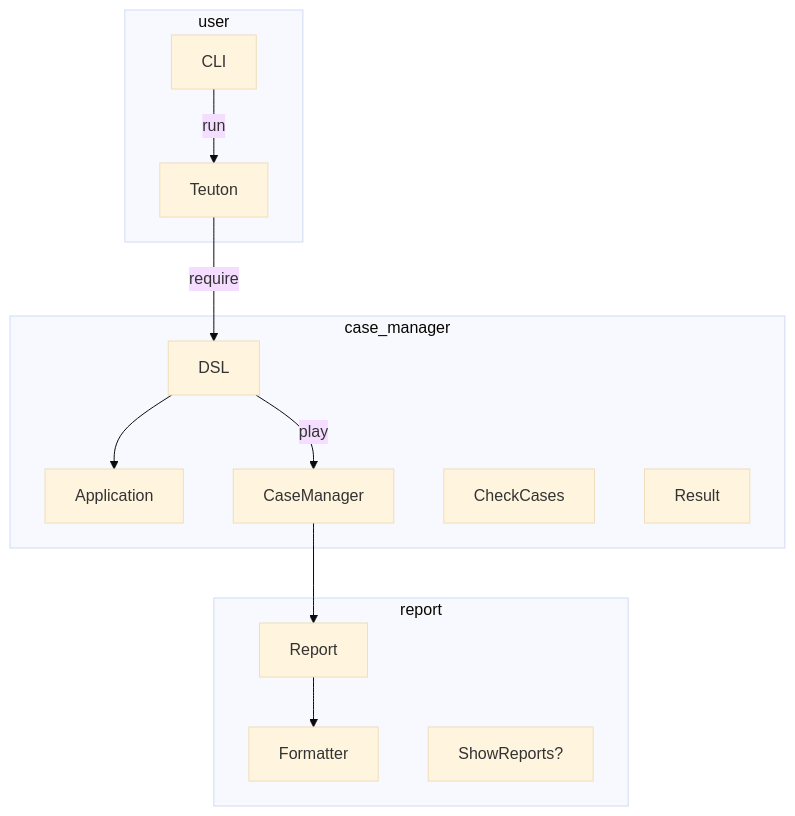
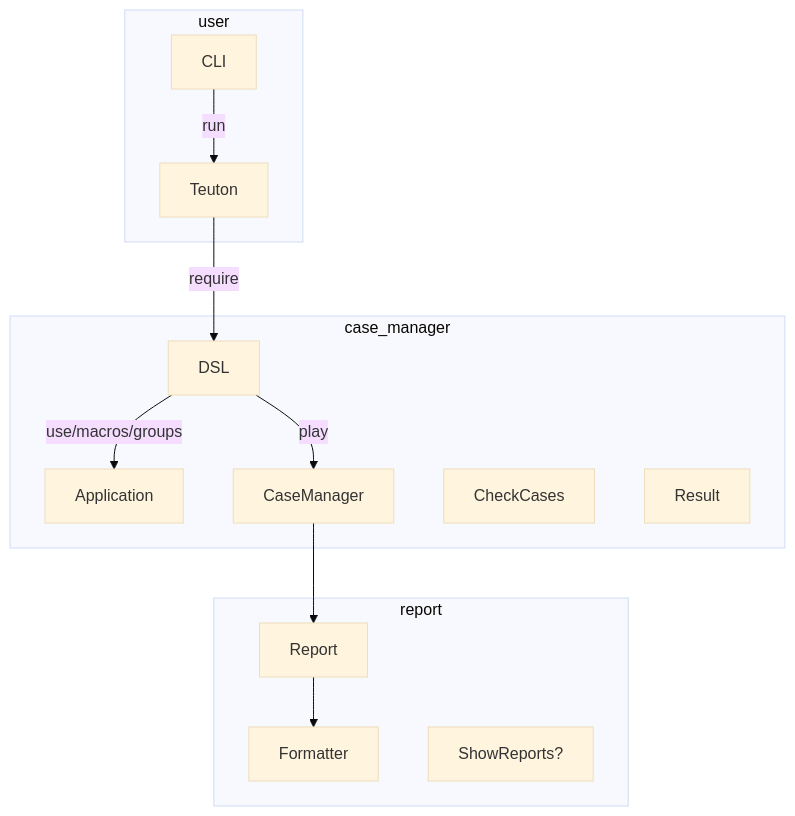
One commit to teuton-software/teuton changed the second of 2 diagrams in docs/diagram.md. Above: the diagram before and after it, drawn with Mermaid (base theme).

````diff
--- a/docs/diagram.md
+++ b/docs/diagram.md
@@ -43,22 +43,22 @@
 ```mermaid
 flowchart TB
 
 subgraph user
   CLI -- run --> Teuton
 end
 
 subgraph case_manager
   Teuton -- require --> DSL
-  DSL --> Application
+  DSL -- use/macros/groups --> Application
   DSL -- play --> CaseManager
   CheckCases
   Result
 end
 
 subgraph report
   CaseManager --> Report
   Report --> Formatter
 
   ShowReports?
 end
 ```
````
